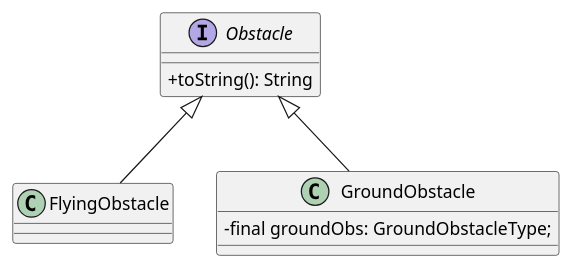
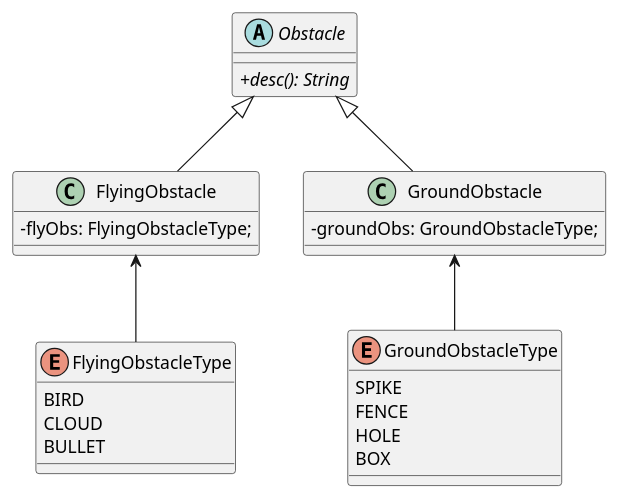
Before and after one commit to emilyswitzer/JavaJumpGame: the diagram in images/Factory.puml, drawn with PlantUML. The commit also changed 95 other files, not shown here.

Commit message:
Grammar fixes and naming fixes. UML Class diagrams also altered to accommodate the changes

```diff
--- a/images/Factory.puml
+++ b/images/Factory.puml
@@ -1,23 +1,46 @@
 @startuml
 skinparam classAttributeIconSize 0
 
-interface Obstacle {
-    +toString(): String
+abstract Obstacle {
+    +{abstract} desc(): String
 
 }
 
-class FlyingObstacle{}
+class FlyingObstacle{
+-flyObs: FlyingObstacleType;
+}
 
 class GroundObstacle{
-  -final groundObs: GroundObstacleType;
+  -groundObs: GroundObstacleType;
+}
+
+enum FlyingObstacleType {
+    BIRD
+    CLOUD
+    BULLET
+
+
+}
+
+enum GroundObstacleType {
+    SPIKE
+    FENCE
+    HOLE
+    BOX
+
+
 }
 
 
 Obstacle <|-- FlyingObstacle
 
 Obstacle <|-- GroundObstacle
 
+FlyingObstacle <-- FlyingObstacleType
+
+GroundObstacle <-- GroundObstacleType
+
 
 
 
 @enduml
```
